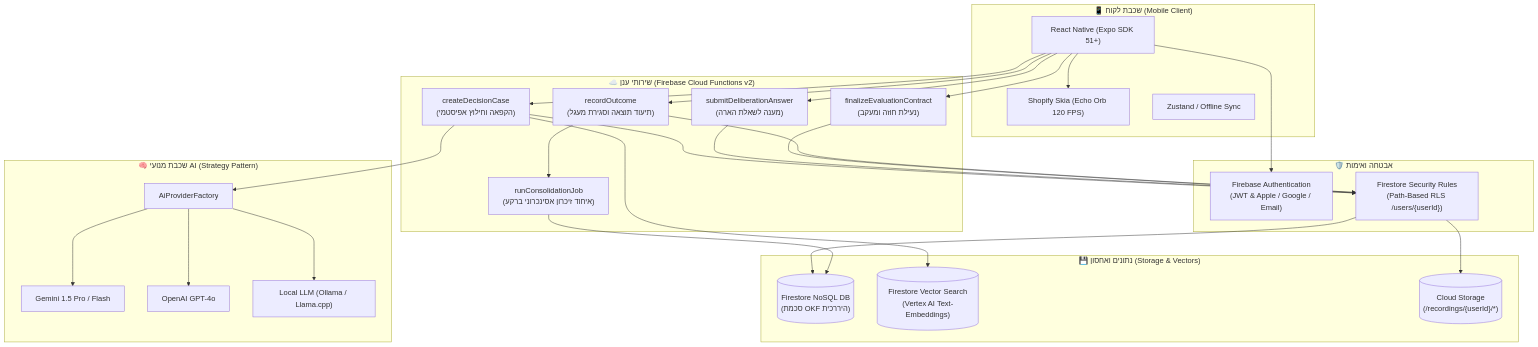
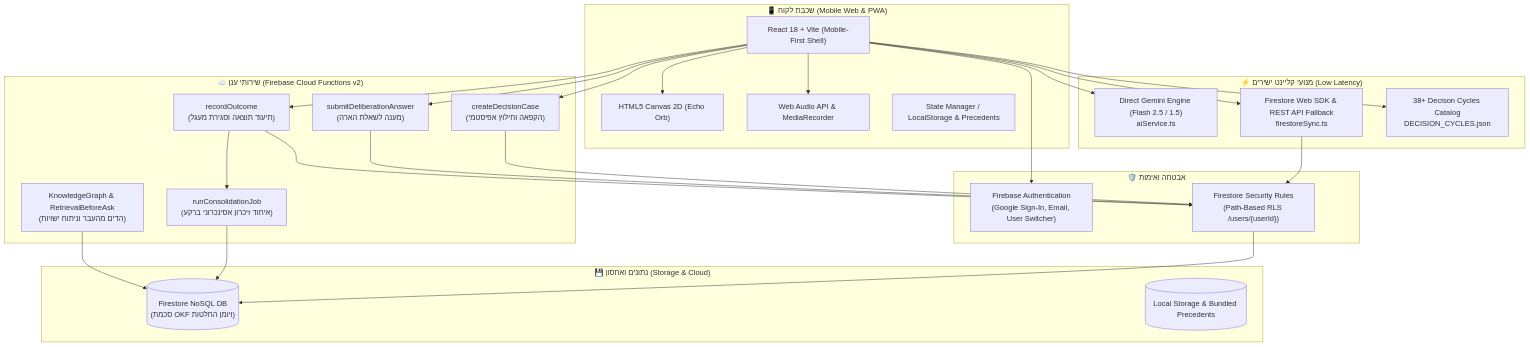
One commit to guykul-afk/Echo changed the first of 4 diagrams in docs/ARCHITECTURE_BASIC.md. Above: the diagram before and after it, drawn with Mermaid. The commit also changed other lines of this file and 16 other files, not shown here.

Commit message:
fix(security): lock down firestore rules, clean dead code, and connect backend functions

````diff
--- a/docs/ARCHITECTURE_BASIC.md
+++ b/docs/ARCHITECTURE_BASIC.md
@@ -11,45 +11,47 @@
 ```mermaid
 flowchart TB
-    subgraph ClientLayer ["📱 שכבת לקוח (Mobile Client)"]
-        UI["React Native (Expo SDK 51+)"]
-        Skia["Shopify Skia (Echo Orb 120 FPS)"]
-        State["Zustand / Offline Sync"]
+    subgraph ClientLayer ["📱 שכבת לקוח (Mobile Web & PWA)"]
+        UI["React 18 + Vite (Mobile-First Shell)"]
+        Canvas["HTML5 Canvas 2D (Echo Orb)"]
+        Audio["Web Audio API & MediaRecorder"]
+        State["State Manager / LocalStorage & Precedents"]
     end
 
     subgraph Gateway ["🛡️ אבטחה ואימות"]
-        Auth["Firebase Authentication\n(JWT & Apple / Google / Email)"]
+        Auth["Firebase Authentication\n(Google Sign-In, Email, User Switcher)"]
         Rules["Firestore Security Rules\n(Path-Based RLS /users/{userId})"]
+    end
+
+    subgraph DirectEngines ["⚡ מנועי קליינט ישירים (Low Latency)"]
+        ClientGemini["Direct Gemini Engine (Flash 2.5 / 1.5)\naiService.ts"]
+        FirestoreDirect["Firestore Web SDK & REST API Fallback\nfirestoreSync.ts"]
+        Catalog["38+ Decison Cycles Catalog\nDECISION_CYCLES.json"]
     end
 
     subgraph BackendLayer ["☁️ שירותי ענן (Firebase Cloud Functions v2)"]
         FnCapture["createDecisionCase\n(הקפאה וחילוץ אפיסטמי)"]
         FnDelib["submitDeliberationAnswer\n(מענה לשאלת הארה)"]
-        FnContract["finalizeEvaluationContract\n(נעילת חוזה ומעקב)"]
         FnOutcome["recordOutcome\n(תיעוד תוצאה וסגירת מעגל)"]
         Worker["runConsolidationJob\n(איחוד זיכרון אסינכרוני ברקע)"]
+        Services["KnowledgeGraph & RetrievalBeforeAsk\n(הדים מהעבר וניתוח ישויות)"]
     end
 
-    subgraph AILayer ["🧠 שכבת מנועי AI (Strategy Pattern)"]
-        Factory["AiProviderFactory"]
-        Gemini["Gemini 1.5 Pro / Flash"]
-        OpenAI["OpenAI GPT-4o"]
-        Local["Local LLM (Ollama / Llama.cpp)"]
-    end
-
-    subgraph StorageLayer ["💾 נתונים ואחסון (Storage & Vectors)"]
-        Firestore[("Firestore NoSQL DB\n(סכמת OKF היררכית)")]
-        Vectors[("Firestore Vector Search\n(Vertex AI Text-Embeddings)")]
-        Media[("Cloud Storage\n(/recordings/{userId}/*)")]
+    subgraph StorageLayer ["💾 נתונים ואחסון (Storage & Cloud)"]
+        Firestore[("Firestore NoSQL DB\n(סכמת OKF ויומן החלטות)")]
+        LocalCache[("Local Storage & Bundled Precedents")]
     end
 
     UI --> Auth
-    UI --> Skia
-    UI --> FnCapture & FnDelib & FnContract & FnOutcome
-    FnCapture & FnDelib & FnContract & FnOutcome --> Rules
-    Rules --> Firestore & Media
-    FnCapture --> Factory
-    Factory --> Gemini & OpenAI & Local
-    FnCapture --> Vectors
+    UI --> Canvas
+    UI --> Audio
+    UI --> ClientGemini
+    UI --> FirestoreDirect
+    FirestoreDirect --> Rules
+    Rules --> Firestore
+    UI --> Catalog
+    UI --> FnCapture & FnDelib & FnOutcome
+    FnCapture & FnDelib & FnOutcome --> Rules
     FnOutcome --> Worker
     Worker --> Firestore
+    Services --> Firestore
 ```
````
